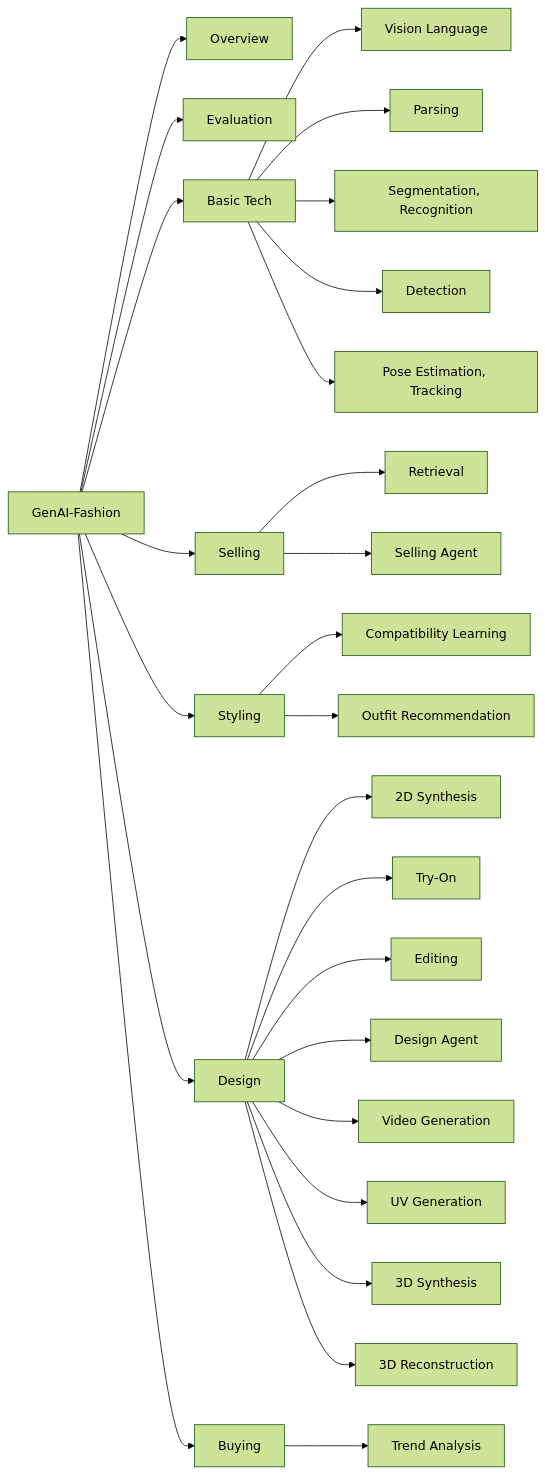
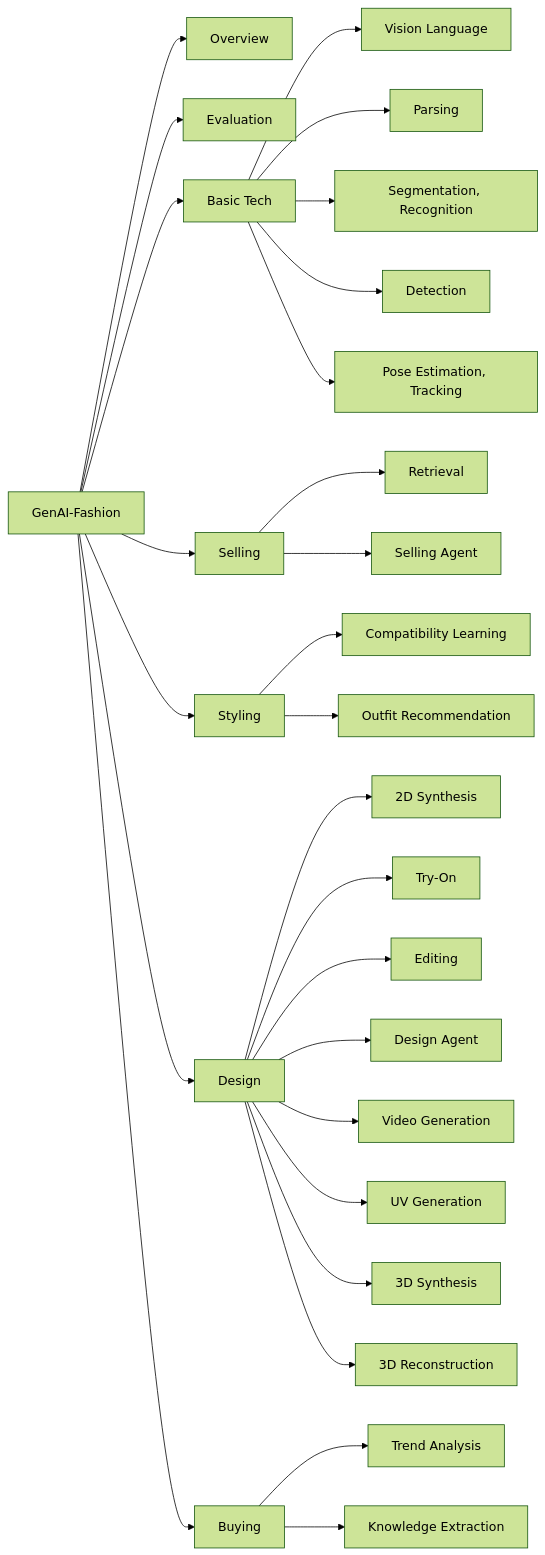
One commit to wendashi/Cool-GenAI-Fashion-Papers changed the diagram in README.md. Above: the diagram before and after it, drawn with Mermaid (forest theme). The commit also changed other lines of this file, not shown here.

````diff
--- a/README.md
+++ b/README.md
@@ -40,35 +42,36 @@
 ```mermaid
 graph LR
   GenAIFashion[GenAI-Fashion]
   GenAIFashion --> Overview[Overview]
   GenAIFashion --> Evaluation[Evaluation]
   GenAIFashion --> BasicTech[Basic Tech]
   GenAIFashion --> Selling[Selling]
   GenAIFashion --> Styling[Styling]
   GenAIFashion --> Design[Design]
   GenAIFashion --> Buying[Buying]
 
   BasicTech --> VisionLanguage[Vision Language]
   BasicTech --> Parsing[Parsing]
   BasicTech --> SegmentationRecognition[Segmentation, Recognition]
   BasicTech --> Detection[Detection]
   BasicTech --> PoseEstimationTracking[Pose Estimation, Tracking] 
 
   Selling --> Retrieval[Retrieval]
   Selling --> SellingAgent[Selling Agent]
 
   Styling --> CompatibilityLearning[Compatibility Learning]
   Styling --> OutfitRecommendation[Outfit Recommendation]
 
   Design --> 2DSynthesis[2D Synthesis]
   Design --> TryOn[Try-On]
   Design --> Editing[Editing]
   Design --> DesignAgent[Design Agent]
   Design --> VideoGeneration[Video Generation]
   Design --> UVGeneration[UV Generation]
   Design --> 3DSynthesis[3D Synthesis]
   Design --> 3DReconstruction[3D Reconstruction]
   
   Buying --> TrendAnalysis[Trend Analysis]
+  Buying --> KnowledgeExtraction[Knowledge Extraction]
   
 ```
````
